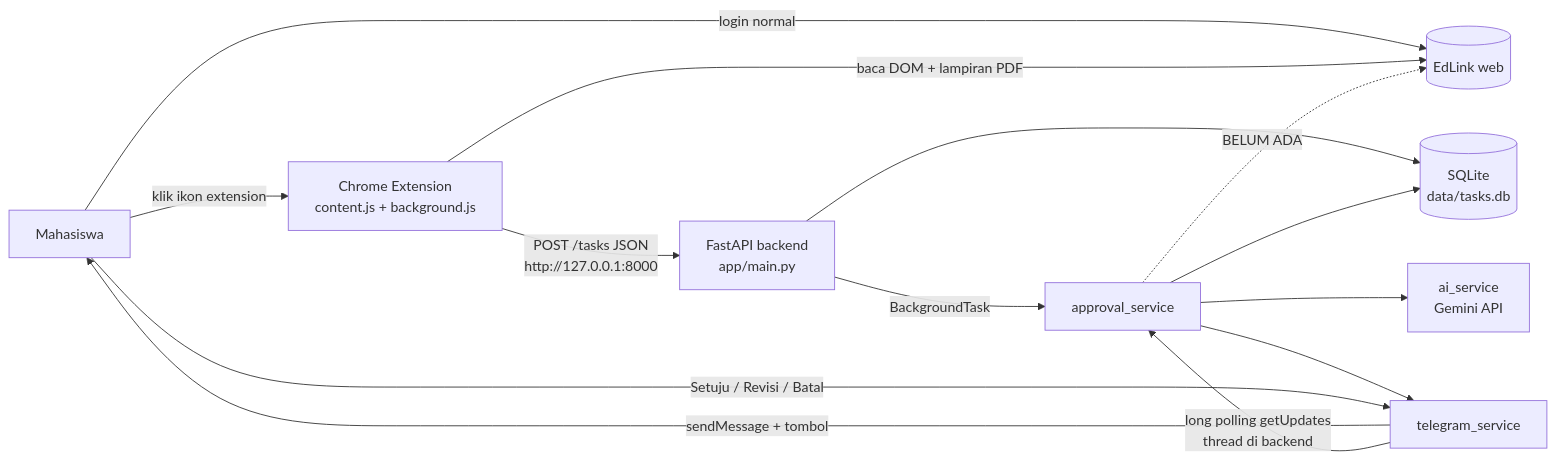
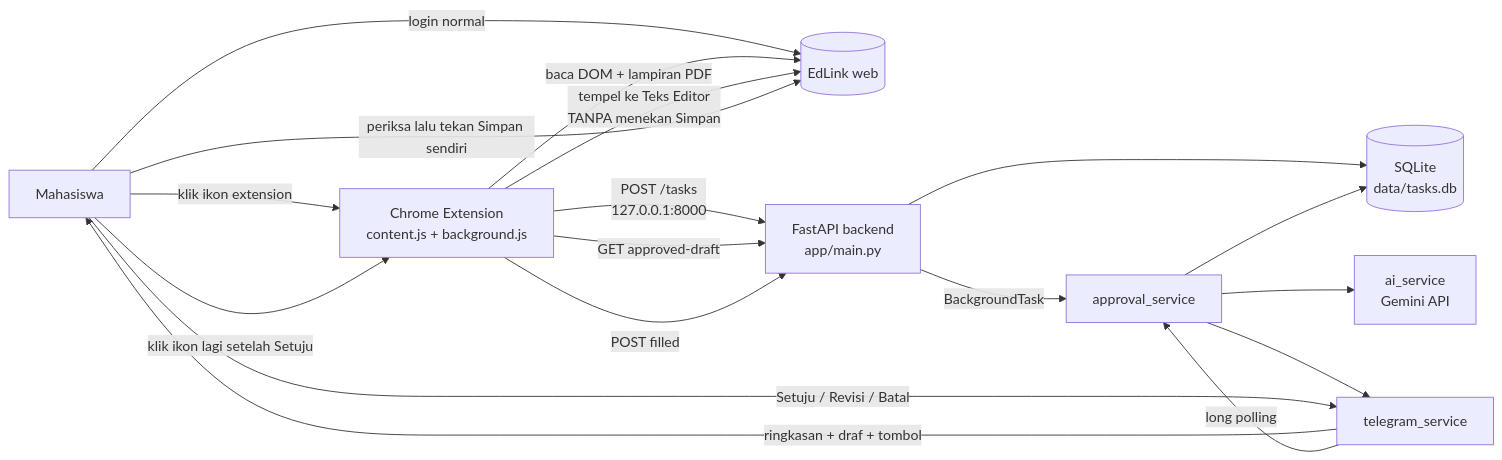
Before and after one commit to Sahal111/edlink_ai_agent: the diagram in PROJECT_GUIDE.md, drawn with Mermaid. The commit also changed other lines of this file and 17 other files, not shown here.

````diff
--- a/PROJECT_GUIDE.md
+++ b/PROJECT_GUIDE.md
@@ -68,16 +69,20 @@
 ```mermaid
 flowchart LR
     U[Mahasiswa] -->|login normal| E[(EdLink web)]
     U -->|klik ikon extension| X[Chrome Extension<br/>content.js + background.js]
     X -->|baca DOM + lampiran PDF| E
-    X -->|POST /tasks JSON<br/>http://127.0.0.1:8000| B[FastAPI backend<br/>app/main.py]
+    X -->|POST /tasks<br/>127.0.0.1:8000| B[FastAPI backend<br/>app/main.py]
     B --> D[(SQLite<br/>data/tasks.db)]
     B -->|BackgroundTask| A[approval_service]
     A --> G[ai_service<br/>Gemini API]
     A --> T[telegram_service]
-    T -->|sendMessage + tombol| U
+    T -->|ringkasan + draf + tombol| U
     U -->|Setuju / Revisi / Batal| T
-    T -->|long polling getUpdates<br/>thread di backend| A
+    T -->|long polling| A
     A --> D
-    A -.->|BELUM ADA| E
+    U -->|klik ikon lagi setelah Setuju| X
+    X -->|GET approved-draft| B
+    X -->|tempel ke Teks Editor<br/>TANPA menekan Simpan| E
+    X -->|POST filled| B
+    U -->|periksa lalu tekan Simpan sendiri| E
 ```
````
